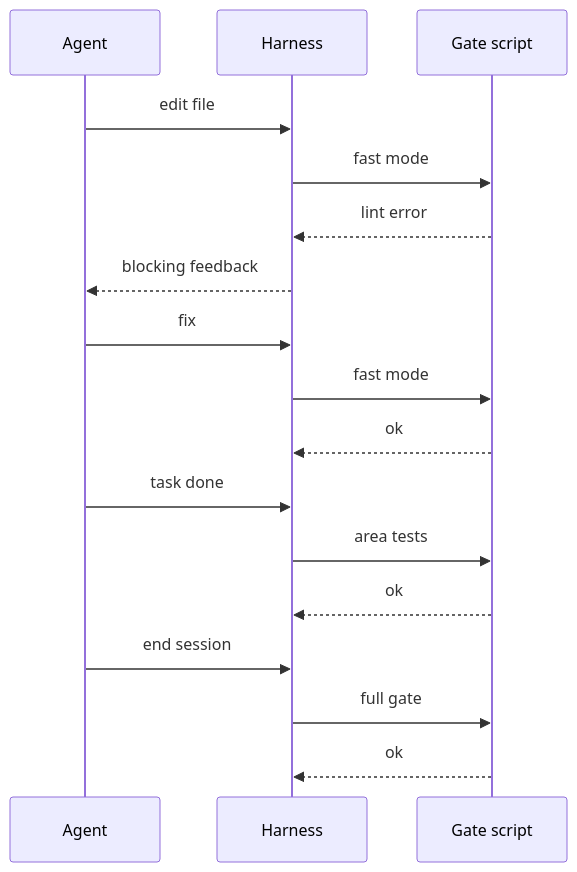
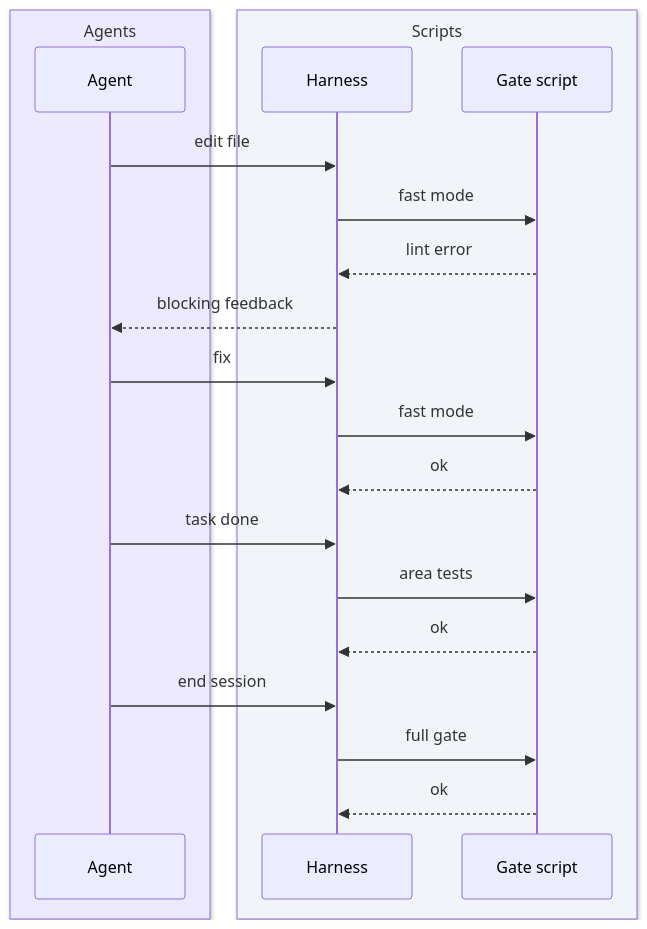
One commit to icelink-ai/software-factory-manifesto changed the diagram in docs/05-verification/hooks.md. Above: the diagram before and after it, drawn with Mermaid. The commit also changed other lines of this file and 73 other files, not shown here.

````diff
--- a/docs/05-verification/hooks.md
+++ b/docs/05-verification/hooks.md
@@ -27,19 +36,23 @@
 ```mermaid
 sequenceDiagram
-    participant A as Agent
-    participant H as Harness
-    participant G as Gate script
+    box rgb(237,233,254) Agents
+        participant A as Agent
+    end
+    box rgb(241,245,249) Scripts
+        participant H as Harness
+        participant G as Gate script
+    end
     A->>H: edit file
     H->>G: fast mode
     G-->>H: lint error
     H-->>A: blocking feedback
     A->>H: fix
     H->>G: fast mode
     G-->>H: ok
     A->>H: task done
     H->>G: area tests
     G-->>H: ok
     A->>H: end session
     H->>G: full gate
     G-->>H: ok
 ```
````
